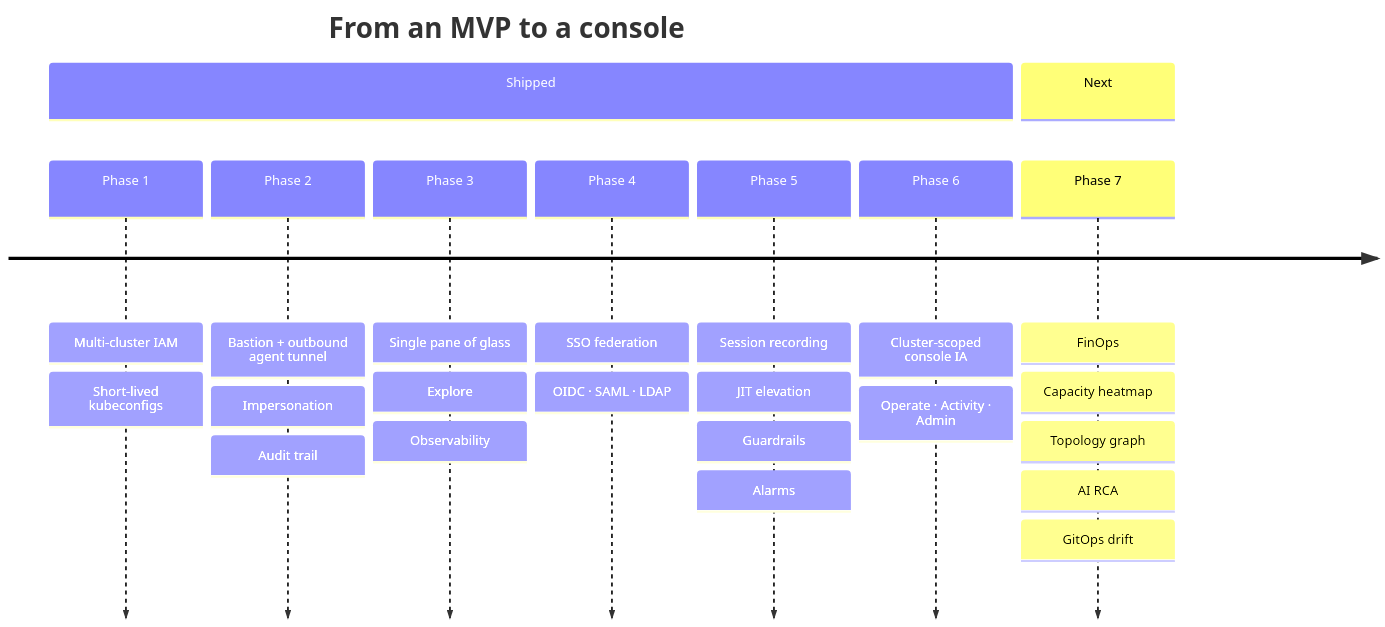
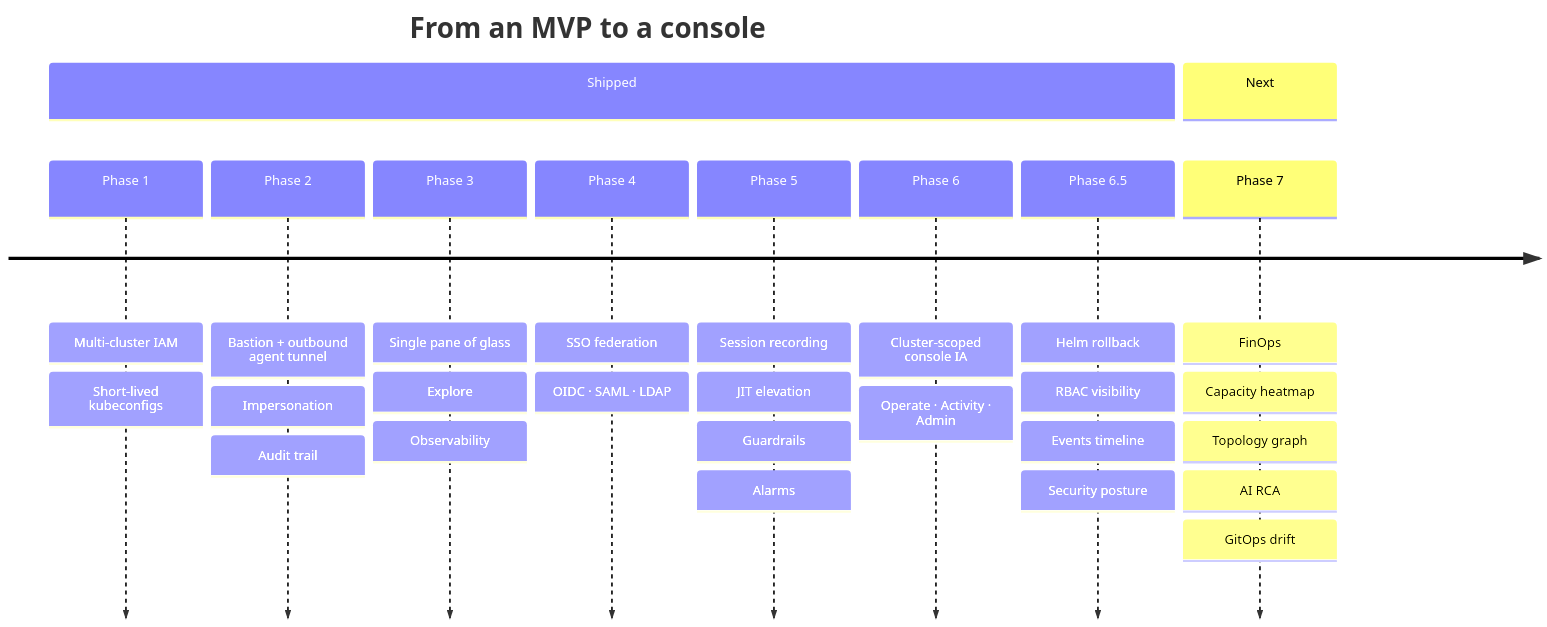
One commit to kubemg/kubemg changed the seventh of 7 diagrams in README.md. Above: the diagram before and after it, drawn with Mermaid. The commit also changed other lines of this file, not shown here.

Commit message:
docs: add deployment documentation and expand roadmap with Phase 6.5 details in README.md

````diff
--- a/README.md
+++ b/README.md
@@ -442,13 +474,14 @@
 ```mermaid
 timeline
     title From an MVP to a console
     section Shipped
         Phase 1 : Multi-cluster IAM : Short-lived kubeconfigs
         Phase 2 : Bastion + outbound agent tunnel : Impersonation : Audit trail
         Phase 3 : Single pane of glass : Explore : Observability
         Phase 4 : SSO federation : OIDC · SAML · LDAP
         Phase 5 : Session recording : JIT elevation : Guardrails : Alarms
         Phase 6 : Cluster-scoped console IA : Operate · Activity · Admin
+        Phase 6.5 : Helm rollback : RBAC visibility : Events timeline : Security posture
     section Next
         Phase 7 : FinOps : Capacity heatmap : Topology graph : AI RCA : GitOps drift
 ```
````
